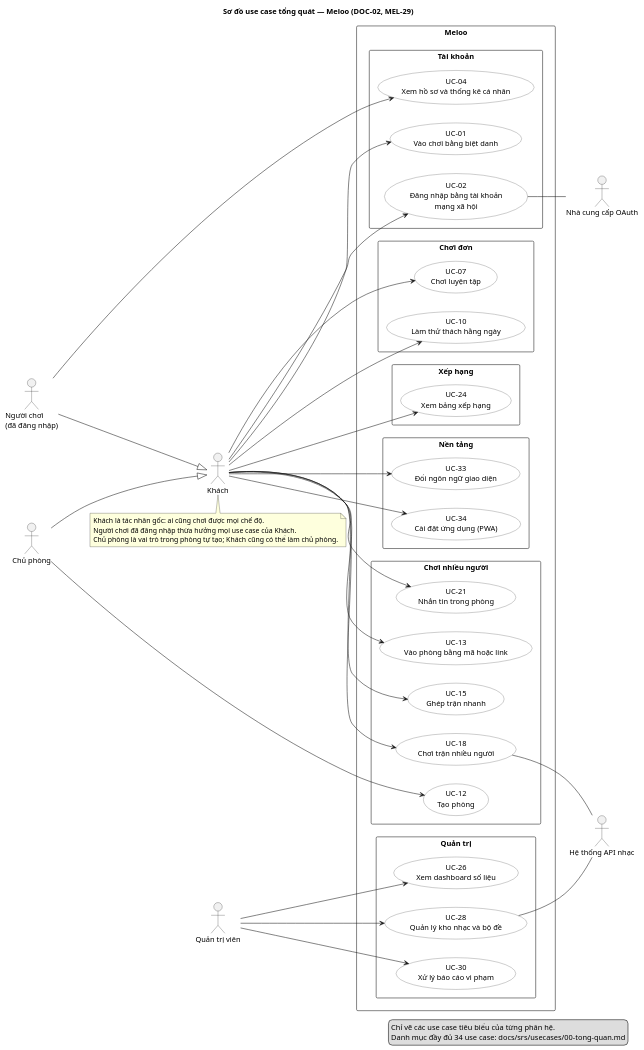
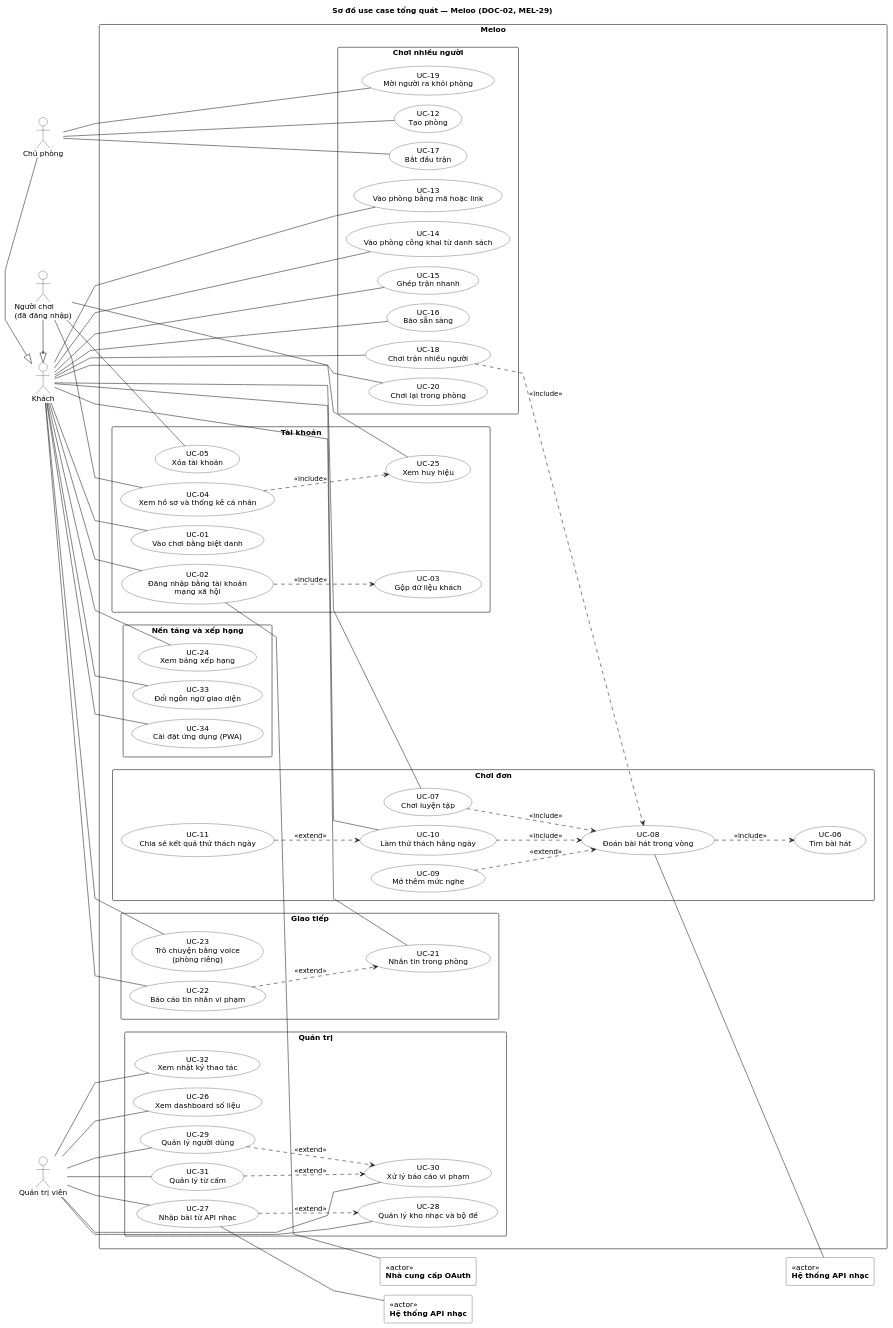
The diagram in docs/uml/usecase/uc-00-tong-quat.puml (ThaiDevv/meloo), drawn with PlantUML before and after one commit. The commit also changed 12 other files, not shown here.

Commit message:
docs(uml): vẽ lại sơ đồ use case theo khung hệ thống, đủ 34 use case

```diff
--- a/docs/uml/usecase/uc-00-tong-quat.puml
+++ b/docs/uml/usecase/uc-00-tong-quat.puml
@@ -1,84 +1,128 @@
 @startuml uc-00-tong-quat
 title Sơ đồ use case tổng quát — Meloo (DOC-02, MEL-29)
 left to right direction
 skinparam shadowing false
-skinparam packageStyle rectangle
+skinparam linetype polyline
+skinparam nodesep 18
+skinparam ranksep 70
+skinparam defaultFontName DejaVu Sans
 skinparam usecase {
-  BackgroundColor #FFFFFF
-  BorderColor #444444
+  BackgroundColor white
+  BorderColor black
 }
-
+skinparam actor {
+  BackgroundColor white
+  BorderColor black
+}
+skinparam rectangle {
+  BackgroundColor white
+  BorderColor black
+}
+actor "Người chơi\n(đã đăng nhập)" as NguoiChoi
 actor "Khách" as Khach
-actor "Người chơi\n(đã đăng nhập)" as NguoiChoi
 actor "Chủ phòng" as ChuPhong
 actor "Quản trị viên" as Admin
-actor "Nhà cung cấp OAuth" as OAuth
-actor "Hệ thống API nhạc" as MusicAPI
+rectangle "<<actor>>\n**Nhà cung cấp OAuth**" as OAuth
+rectangle "<<actor>>\n**Hệ thống API nhạc**" as Music1
+rectangle "<<actor>>\n**Hệ thống API nhạc**" as Music2
 
-NguoiChoi --|> Khach
-ChuPhong --|> Khach
-
-rectangle "Meloo" {
-  rectangle "Tài khoản" {
+rectangle "**Meloo**" as sys {
+  rectangle "Tài khoản" as G0 {
     usecase "UC-01\nVào chơi bằng biệt danh" as UC01
     usecase "UC-02\nĐăng nhập bằng tài khoản\nmạng xã hội" as UC02
+    usecase "UC-03\nGộp dữ liệu khách" as UC03
     usecase "UC-04\nXem hồ sơ và thống kê cá nhân" as UC04
+    usecase "UC-05\nXóa tài khoản" as UC05
+    usecase "UC-25\nXem huy hiệu" as UC25
   }
-  rectangle "Chơi đơn" {
-    usecase "UC-07\nChơi luyện tập" as UC07
-    usecase "UC-10\nLàm thử thách hằng ngày" as UC10
-  }
-  rectangle "Chơi nhiều người" {
-    usecase "UC-12\nTạo phòng" as UC12
-    usecase "UC-13\nVào phòng bằng mã hoặc link" as UC13
-    usecase "UC-15\nGhép trận nhanh" as UC15
-    usecase "UC-18\nChơi trận nhiều người" as UC18
-    usecase "UC-21\nNhắn tin trong phòng" as UC21
-  }
-  rectangle "Xếp hạng" {
+  rectangle "Nền tảng và xếp hạng" as G1 {
     usecase "UC-24\nXem bảng xếp hạng" as UC24
-  }
-  rectangle "Quản trị" {
-    usecase "UC-26\nXem dashboard số liệu" as UC26
-    usecase "UC-28\nQuản lý kho nhạc và bộ đề" as UC28
-    usecase "UC-30\nXử lý báo cáo vi phạm" as UC30
-  }
-  rectangle "Nền tảng" {
     usecase "UC-33\nĐổi ngôn ngữ giao diện" as UC33
     usecase "UC-34\nCài đặt ứng dụng (PWA)" as UC34
   }
+  rectangle "Chơi đơn" as G2 {
+    usecase "UC-06\nTìm bài hát" as UC06
+    usecase "UC-07\nChơi luyện tập" as UC07
+    usecase "UC-08\nĐoán bài hát trong vòng" as UC08
+    usecase "UC-09\nMở thêm mức nghe" as UC09
+    usecase "UC-10\nLàm thử thách hằng ngày" as UC10
+    usecase "UC-11\nChia sẻ kết quả thử thách ngày" as UC11
+  }
+  rectangle "Giao tiếp" as G3 {
+    usecase "UC-21\nNhắn tin trong phòng" as UC21
+    usecase "UC-22\nBáo cáo tin nhắn vi phạm" as UC22
+    usecase "UC-23\nTrò chuyện bằng voice\n(phòng riêng)" as UC23
+  }
+  rectangle "Chơi nhiều người" as G4 {
+    usecase "UC-12\nTạo phòng" as UC12
+    usecase "UC-13\nVào phòng bằng mã hoặc link" as UC13
+    usecase "UC-14\nVào phòng công khai từ danh sách" as UC14
+    usecase "UC-15\nGhép trận nhanh" as UC15
+    usecase "UC-16\nBáo sẵn sàng" as UC16
+    usecase "UC-17\nBắt đầu trận" as UC17
+    usecase "UC-18\nChơi trận nhiều người" as UC18
+    usecase "UC-19\nMời người ra khỏi phòng" as UC19
+    usecase "UC-20\nChơi lại trong phòng" as UC20
+  }
+  rectangle "Quản trị" as G5 {
+    usecase "UC-26\nXem dashboard số liệu" as UC26
+    usecase "UC-27\nNhập bài từ API nhạc" as UC27
+    usecase "UC-28\nQuản lý kho nhạc và bộ đề" as UC28
+    usecase "UC-29\nQuản lý người dùng" as UC29
+    usecase "UC-30\nXử lý báo cáo vi phạm" as UC30
+    usecase "UC-31\nQuản lý từ cấm" as UC31
+    usecase "UC-32\nXem nhật ký thao tác" as UC32
+  }
 }
 
-Khach --> UC01
-Khach --> UC02
-Khach --> UC07
-Khach --> UC10
-Khach --> UC13
-Khach --> UC15
-Khach --> UC18
-Khach --> UC21
-Khach --> UC24
-Khach --> UC33
-Khach --> UC34
-NguoiChoi --> UC04
-ChuPhong --> UC12
+
+NguoiChoi -|> Khach
+ChuPhong -|> Khach
+
+NguoiChoi -- UC04
+NguoiChoi -- UC25
+NguoiChoi -- UC05
+Khach -- UC01
+Khach -- UC02
+Khach -- UC07
+Khach -- UC10
+Khach -- UC13
+Khach -- UC14
+Khach -- UC15
+Khach -- UC16
+Khach -- UC18
+Khach -- UC20
+Khach -- UC21
+Khach -- UC22
+Khach -- UC23
+Khach -- UC24
+Khach -- UC33
+Khach -- UC34
+ChuPhong -- UC12
+ChuPhong -- UC17
+ChuPhong -- UC19
+Admin -- UC26
+Admin -- UC27
+Admin -- UC28
+Admin -- UC29
+Admin -- UC30
+Admin -- UC31
+Admin -- UC32
+
+UC04 ..> UC25 : <<include>>
+UC02 ..> UC03 : <<include>>
+UC07 ..> UC08 : <<include>>
+UC10 ..> UC08 : <<include>>
+UC18 ..> UC08 : <<include>>
+UC08 ..> UC06 : <<include>>
+UC09 ..> UC08 : <<extend>>
+UC11 ..> UC10 : <<extend>>
+UC22 ..> UC21 : <<extend>>
+UC27 ..> UC28 : <<extend>>
+UC29 ..> UC30 : <<extend>>
+UC31 ..> UC30 : <<extend>>
 
 UC02 -- OAuth
-UC18 -- MusicAPI
-UC28 -- MusicAPI
-
-Admin --> UC26
-Admin --> UC28
-Admin --> UC30
-
-note bottom of Khach
-  Khách là tác nhân gốc: ai cũng chơi được mọi chế độ.
-  Người chơi đã đăng nhập thừa hưởng mọi use case của Khách.
-  Chủ phòng là vai trò trong phòng tự tạo; Khách cũng có thể làm chủ phòng.
-end note
-
-legend right
-  Chỉ vẽ các use case tiêu biểu của từng phân hệ.
-  Danh mục đầy đủ 34 use case: docs/srs/usecases/00-tong-quan.md
-endlegend
+UC08 -- Music1
+UC27 -- Music2
 @enduml
```
